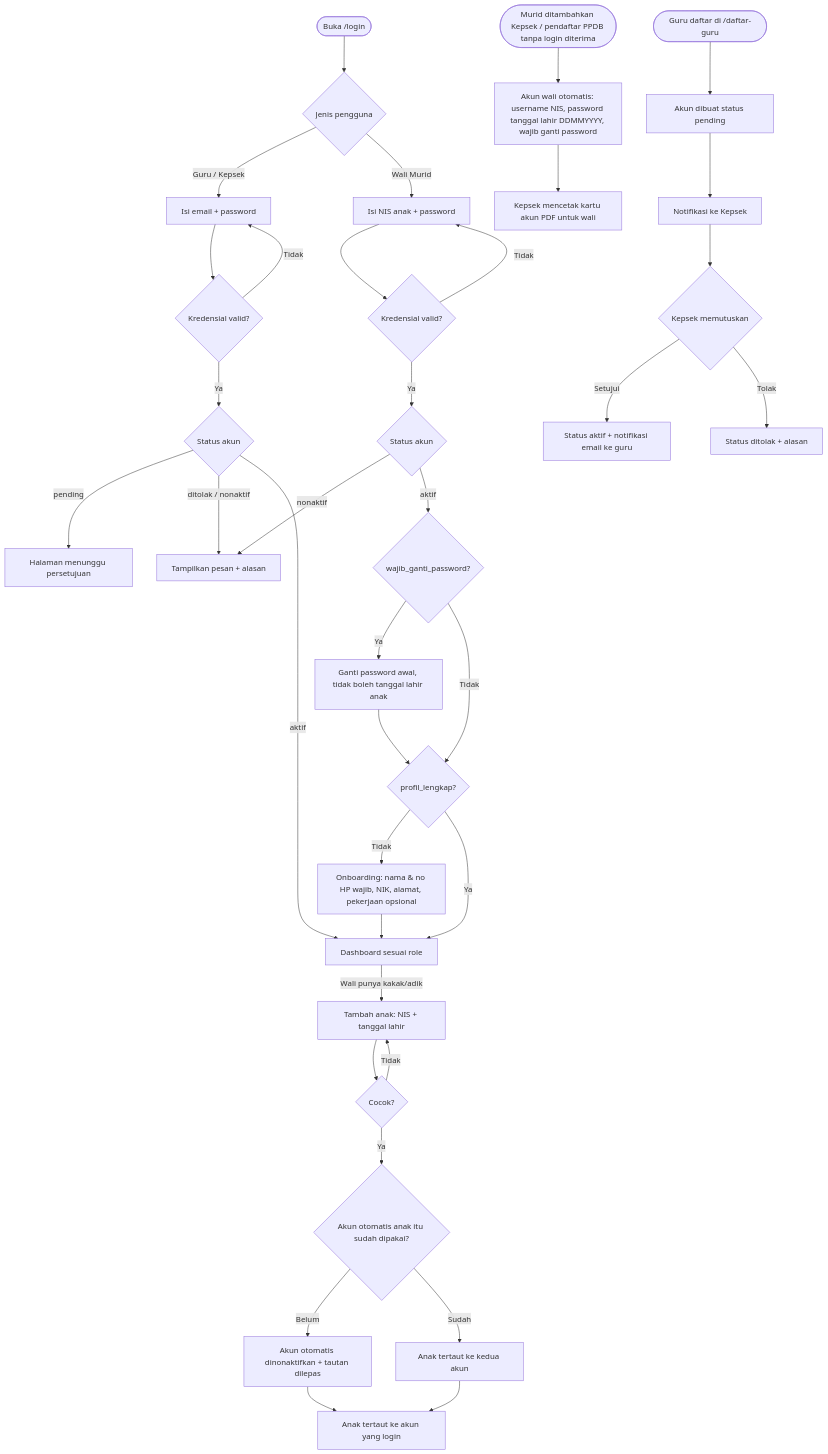
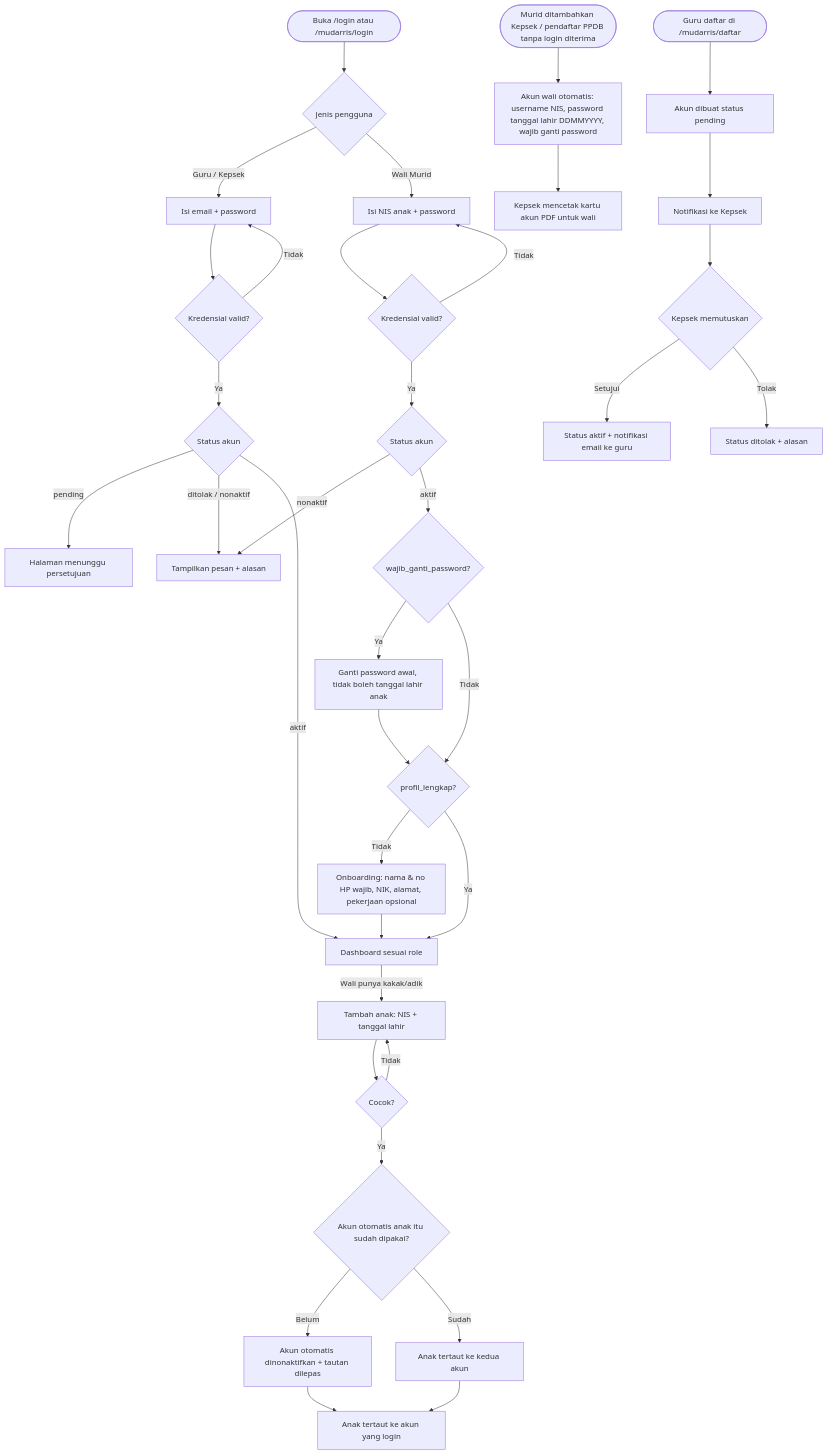
Before and after one commit to Keyanffz/TK_TA8_BE: the second of 5 diagrams in PROMPT_BE_TK.md, drawn with Mermaid. The commit also changed other lines of this file and 1 other file, not shown here.

First line of the commit message:
docs: area /mudarris di Bagian A dan dokumentasi

````diff
--- a/PROMPT_BE_TK.md
+++ b/PROMPT_BE_TK.md
@@ -281,38 +281,38 @@
 ```mermaid
 flowchart TD
-    A([Buka /login]) --> B{Jenis pengguna}
+    A([Buka /login atau /mudarris/login]) --> B{Jenis pengguna}
     B -->|Guru / Kepsek| C[Isi email + password]
     C --> D{Kredensial valid?}
     D -->|Tidak| C
     D -->|Ya| E{Status akun}
     E -->|pending| F[Halaman menunggu persetujuan]
     E -->|ditolak / nonaktif| G[Tampilkan pesan + alasan]
     E -->|aktif| H[Dashboard sesuai role]
     Z([Murid ditambahkan Kepsek / pendaftar PPDB tanpa login diterima]) --> Z1[Akun wali otomatis: username NIS, password tanggal lahir DDMMYYYY, wajib ganti password]
     Z1 --> Z2[Kepsek mencetak kartu akun PDF untuk wali]
     B -->|Wali Murid| I[Isi NIS anak + password]
     I --> J{Kredensial valid?}
     J -->|Tidak| I
     J -->|Ya| K{Status akun}
     K -->|nonaktif| G
     K -->|aktif| L{wajib_ganti_password?}
     L -->|Ya| M[Ganti password awal, tidak boleh tanggal lahir anak]
     M --> N{profil_lengkap?}
     L -->|Tidak| N
     N -->|Tidak| O[Onboarding: nama & no HP wajib, NIK, alamat, pekerjaan opsional]
     N -->|Ya| H
     O --> H
     H -->|Wali punya kakak/adik| P[Tambah anak: NIS + tanggal lahir]
     P --> Q{Cocok?}
     Q -->|Tidak| P
     Q -->|Ya| R{Akun otomatis anak itu sudah dipakai?}
     R -->|Belum| R1[Akun otomatis dinonaktifkan + tautan dilepas]
     R -->|Sudah| R2[Anak tertaut ke kedua akun]
     R1 --> S[Anak tertaut ke akun yang login]
     R2 --> S
-    T([Guru daftar di /daftar-guru]) --> U[Akun dibuat status pending]
+    T([Guru daftar di /mudarris/daftar]) --> U[Akun dibuat status pending]
     U --> V[Notifikasi ke Kepsek]
     V --> W{Kepsek memutuskan}
     W -->|Setujui| X[Status aktif + notifikasi email ke guru]
     W -->|Tolak| Y[Status ditolak + alasan]
 ```
````
